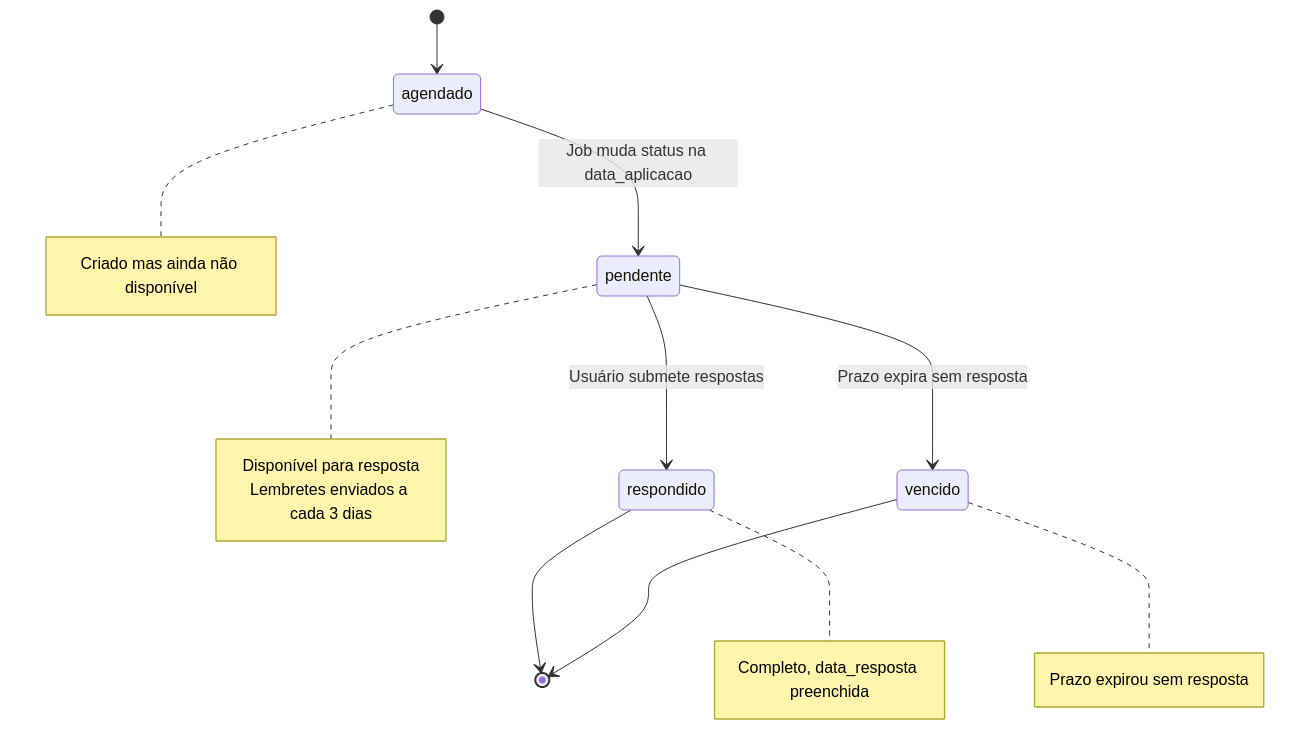
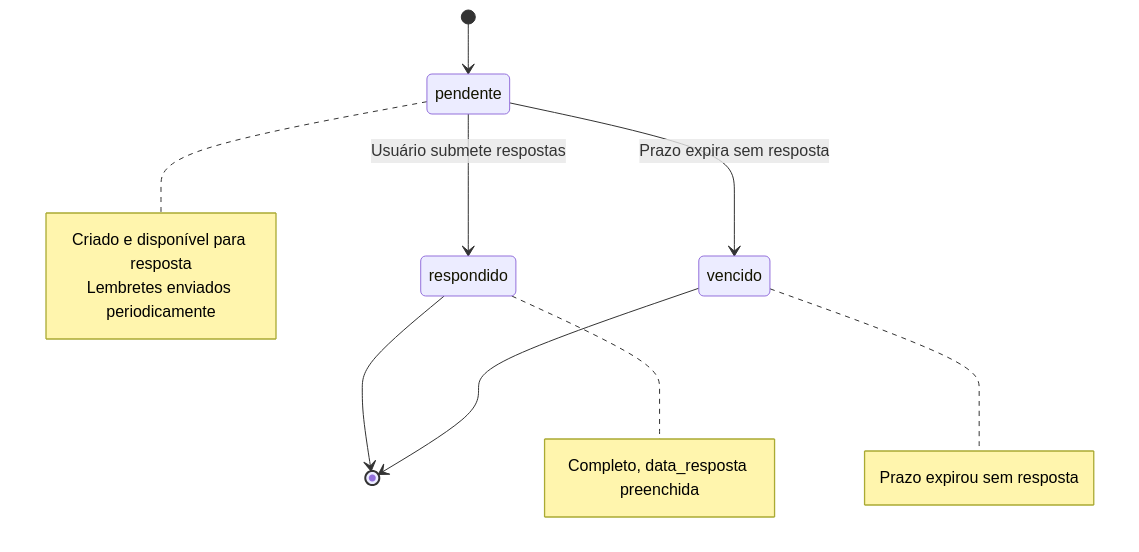
The second of 2 diagrams in documentation/domains/pulses/data-model.mdx (leapy-edtech/docs), drawn with Mermaid before and after one commit. The commit also changed other lines of this file, not shown here.

First line of the commit message:
docs(pulsos): update data-model with apprentice/intern terminology and eligibility criteria

````diff
--- a/documentation/domains/pulses/data-model.mdx
+++ b/documentation/domains/pulses/data-model.mdx
@@ -275,26 +323,21 @@
 ```mermaid
 stateDiagram-v2
-    [*] --> agendado
-    agendado --> pendente: Job muda status na data_aplicacao
+    [*] --> pendente
     pendente --> respondido: Usuário submete respostas
     pendente --> vencido: Prazo expira sem resposta
     respondido --> [*]
     vencido --> [*]
 
-    note right of agendado
-        Criado mas ainda não disponível
-    end note
-
     note right of pendente
-        Disponível para resposta
-        Lembretes enviados a cada 3 dias
+        Criado e disponível para resposta
+        Lembretes enviados periodicamente
     end note
 
     note right of respondido
         Completo, data_resposta preenchida
     end note
 
     note right of vencido
         Prazo expirou sem resposta
     end note
 ```
````
